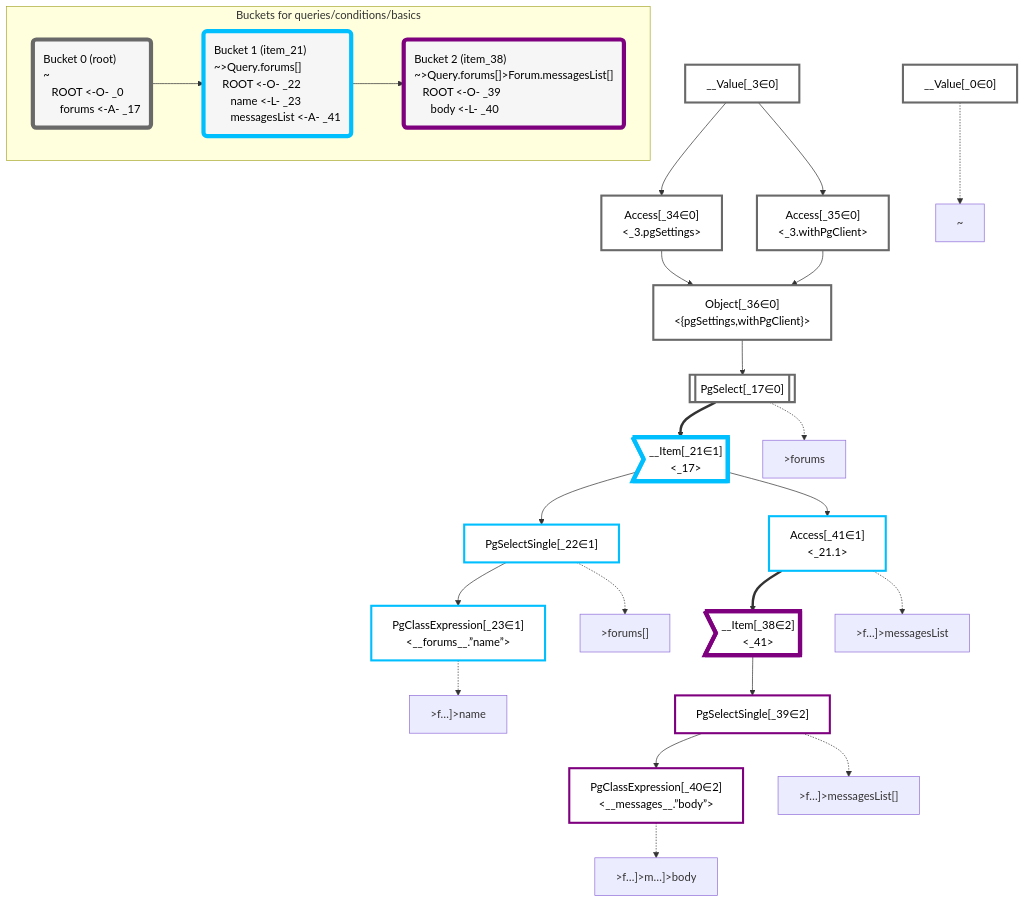
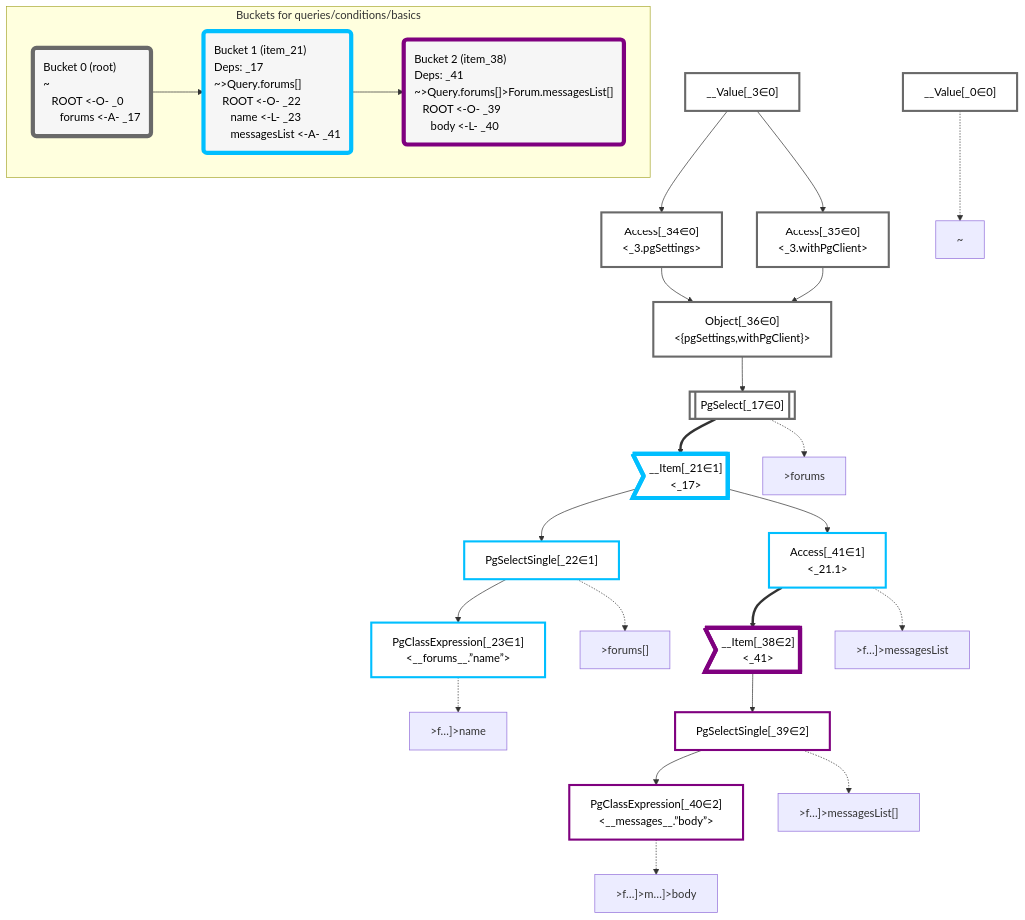
One commit to graphile/crystal changed the diagram in packages/dataplan-pg/__tests__/queries/conditions/basics.mermaid.md. Above: the diagram before and after it, drawn with Mermaid. The commit also changed 157 other files, not shown here.

Commit message:
Add deps to all query snapshots

````diff
--- a/packages/dataplan-pg/__tests__/queries/conditions/basics.mermaid.md
+++ b/packages/dataplan-pg/__tests__/queries/conditions/basics.mermaid.md
@@ -1,73 +1,73 @@
 ```mermaid
 graph TD
     classDef path fill:#eee,stroke:#000,color:#000
     classDef plan fill:#fff,stroke-width:3px,color:#000
     classDef itemplan fill:#fff,stroke-width:6px,color:#000
     classDef sideeffectplan fill:#f00,stroke-width:6px,color:#000
     classDef bucket fill:#f6f6f6,color:#000,stroke-width:6px,text-align:left
 
 
     %% define plans
     __Value_0["__Value[_0∈0]"]:::plan
     __Value_3["__Value[_3∈0]<br /><context>"]:::plan
     PgSelect_17[["PgSelect[_17∈0]<br /><forums>"]]:::plan
     __Item_21>"__Item[_21∈1]<br /><_17>"]:::itemplan
     PgSelectSingle_22["PgSelectSingle[_22∈1]<br /><forums>"]:::plan
     PgClassExpression_23["PgClassExpression[_23∈1]<br /><__forums__.”name”>"]:::plan
     Access_34["Access[_34∈0]<br /><_3.pgSettings>"]:::plan
     Access_35["Access[_35∈0]<br /><_3.withPgClient>"]:::plan
     Object_36["Object[_36∈0]<br /><{pgSettings,withPgClient}>"]:::plan
     __Item_38>"__Item[_38∈2]<br /><_41>"]:::itemplan
     PgSelectSingle_39["PgSelectSingle[_39∈2]<br /><messages>"]:::plan
     PgClassExpression_40["PgClassExpression[_40∈2]<br /><__messages__.”body”>"]:::plan
     Access_41["Access[_41∈1]<br /><_21.1>"]:::plan
 
     %% plan dependencies
     Object_36 --> PgSelect_17
     PgSelect_17 ==> __Item_21
     __Item_21 --> PgSelectSingle_22
     PgSelectSingle_22 --> PgClassExpression_23
     __Value_3 --> Access_34
     __Value_3 --> Access_35
     Access_34 --> Object_36
     Access_35 --> Object_36
     Access_41 ==> __Item_38
     __Item_38 --> PgSelectSingle_39
     PgSelectSingle_39 --> PgClassExpression_40
     __Item_21 --> Access_41
 
     %% plan-to-path relationships
     P_0["~"]
     __Value_0 -.-> P_0
     P_17[">forums"]
     PgSelect_17 -.-> P_17
     P_22[">forums[]"]
     PgSelectSingle_22 -.-> P_22
     P_23[">f…]>name"]
     PgClassExpression_23 -.-> P_23
     P_39[">f…]>messagesList[]"]
     PgSelectSingle_39 -.-> P_39
     P_40[">f…]>m…]>body"]
     PgClassExpression_40 -.-> P_40
     P_41[">f…]>messagesList"]
     Access_41 -.-> P_41
 
     %% allocate buckets
     classDef bucket0 stroke:#696969
     class __Value_0,__Value_3,PgSelect_17,Access_34,Access_35,Object_36 bucket0
     classDef bucket1 stroke:#00bfff
     class __Item_21,PgSelectSingle_22,PgClassExpression_23,Access_41 bucket1
     classDef bucket2 stroke:#7f007f
     class __Item_38,PgSelectSingle_39,PgClassExpression_40 bucket2
 
     subgraph "Buckets for queries/conditions/basics"
     Bucket0("Bucket 0 (root)<br />~<br />⠀ROOT <-O- _0<br />⠀⠀forums <-A- _17"):::bucket
     style Bucket0 stroke:#696969
-    Bucket1("Bucket 1 (item_21)<br />~>Query.forums[]<br />⠀ROOT <-O- _22<br />⠀⠀name <-L- _23<br />⠀⠀messagesList <-A- _41"):::bucket
+    Bucket1("Bucket 1 (item_21)<br />Deps: _17<br />~>Query.forums[]<br />⠀ROOT <-O- _22<br />⠀⠀name <-L- _23<br />⠀⠀messagesList <-A- _41"):::bucket
     style Bucket1 stroke:#00bfff
     Bucket0 --> Bucket1
-    Bucket2("Bucket 2 (item_38)<br />~>Query.forums[]>Forum.messagesList[]<br />⠀ROOT <-O- _39<br />⠀⠀body <-L- _40"):::bucket
+    Bucket2("Bucket 2 (item_38)<br />Deps: _41<br />~>Query.forums[]>Forum.messagesList[]<br />⠀ROOT <-O- _39<br />⠀⠀body <-L- _40"):::bucket
     style Bucket2 stroke:#7f007f
     Bucket1 --> Bucket2
     end
 ```
````
